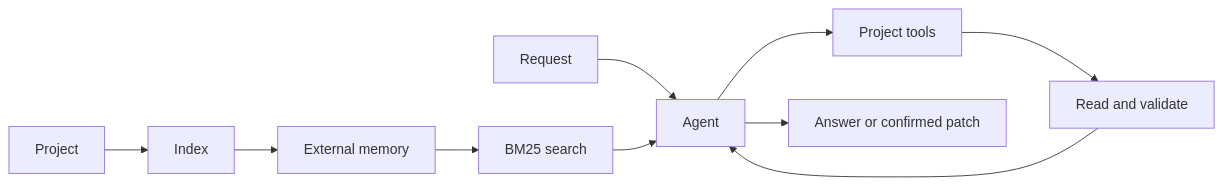
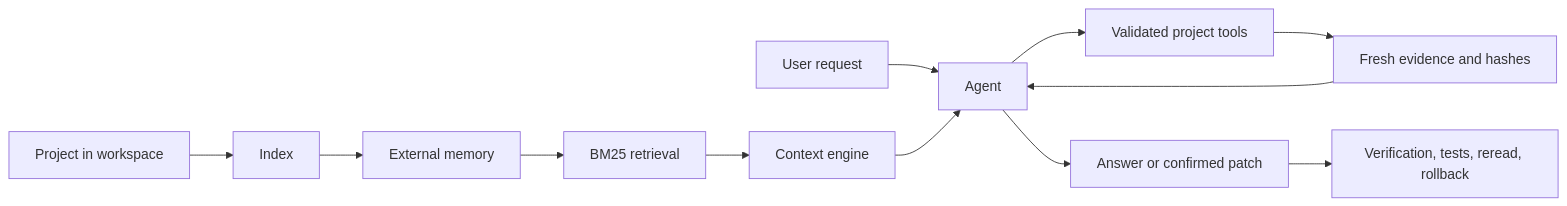
Before and after one commit to rafaelzaydh-jpg/eyle: the diagram in README.md, drawn with Mermaid. The commit also changed other lines of this file and 43 other files, not shown here.

````diff
--- a/README.md
+++ b/README.md
@@ -48,12 +69,14 @@
 ```mermaid
 flowchart LR
-  A[Project] --> B[Index]
+  A[Project in workspace] --> B[Index]
   B --> C[External memory]
-  D[Request] --> E[Agent]
-  C --> F[BM25 search]
-  F --> E
-  E --> G[Project tools]
-  G --> H[Read and validate]
-  H --> E
-  E --> I[Answer or confirmed patch]
+  D[User request] --> E[Agent]
+  C --> F[BM25 retrieval]
+  F --> G[Context engine]
+  G --> E
+  E --> H[Validated project tools]
+  H --> I[Fresh evidence and hashes]
+  I --> E
+  E --> J[Answer or confirmed patch]
+  J --> K[Verification, tests, reread, rollback]
 ```
````
